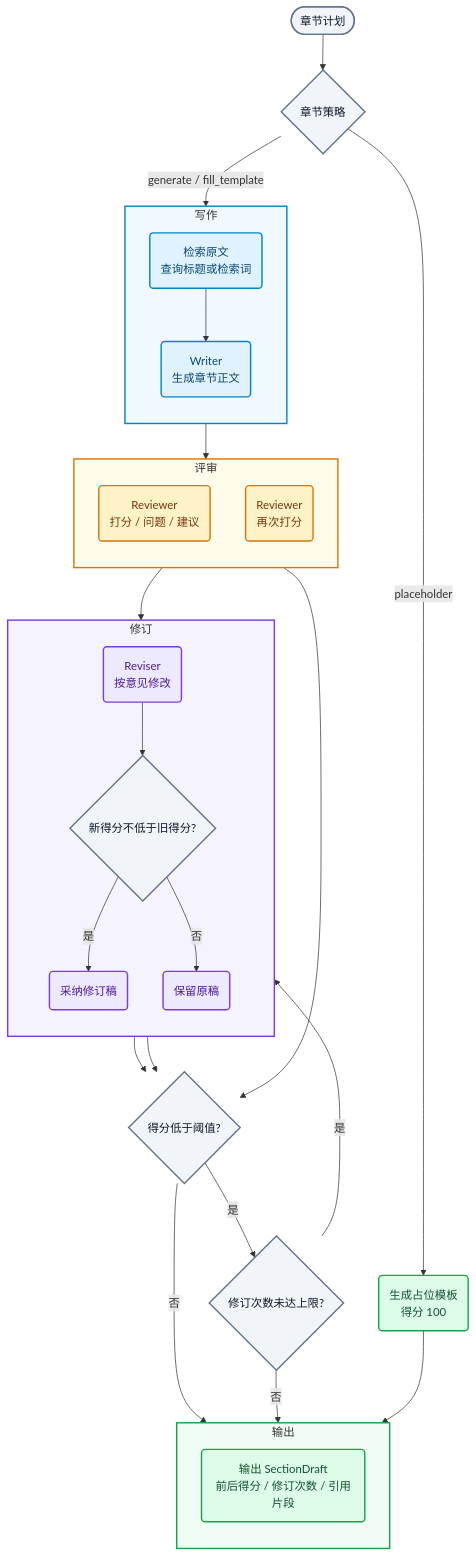
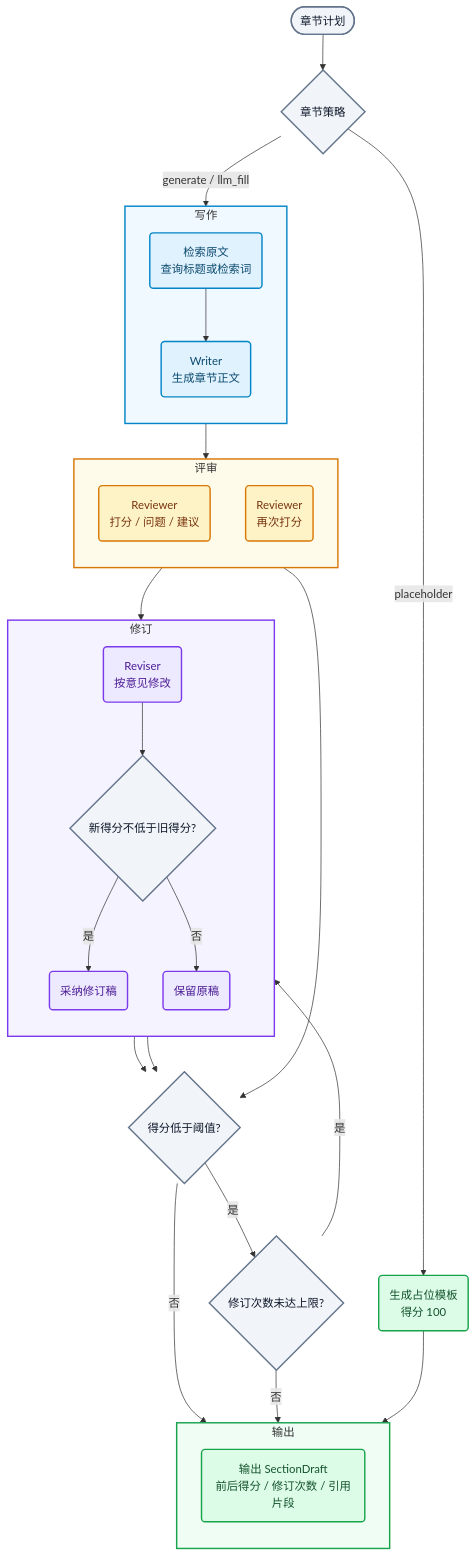
One commit to chenjson59-jpg/bid-writing-multi-agent changed diagram 12 of 22 in docs/architecture.md. Above: the diagram before and after it, drawn with Mermaid. The commit also changed other lines of this file and 13 other files, not shown here.

First line of the commit message:
fill_template 改名 llm_fill，旧值读取时归一化兼容（T-015 路线 A）

````diff
--- a/docs/architecture.md
+++ b/docs/architecture.md
@@ -1492,63 +1492,63 @@
 ```mermaid
 flowchart TB
   Start(["章节计划"]) --> Strategy{"章节策略"}
 
   Strategy -->|"placeholder"| Placeholder("生成占位模板<br/>得分 100")
 
   subgraph sgWrite["写作"]
     direction TB
     Retrieve("检索原文<br/>查询标题或检索词")
     Write("Writer<br/>生成章节正文")
     Retrieve --> Write
   end
 
   subgraph sgReview["评审"]
     direction TB
     Review("Reviewer<br/>打分 / 问题 / 建议")
     ReReview("Reviewer<br/>再次打分")
   end
 
   subgraph sgRevise["修订"]
     direction TB
     Revise("Reviser<br/>按意见修改")
     Better{"新得分不低于旧得分?"}
     Adopt("采纳修订稿")
     Keep("保留原稿")
     Revise --> Better
     Better -->|"是"| Adopt
     Better -->|"否"| Keep
   end
 
   subgraph sgOutput["输出"]
     direction TB
     Done("输出 SectionDraft<br/>前后得分 / 修订次数 / 引用片段")
   end
 
-  Strategy -->|"generate / fill_template"| Retrieve
+  Strategy -->|"generate / llm_fill"| Retrieve
   Write --> Review
   Review --> Min{"得分低于阈值?"}
   Min -->|"否"| Done
   Min -->|"是"| Limit{"修订次数未达上限?"}
   Limit -->|"否"| Done
   Limit -->|"是"| Revise
   ReReview --> Better
   Adopt --> Min
   Keep --> Min
   Placeholder --> Done
 
   classDef entry fill:#f1f5f9,stroke:#64748b,stroke-width:2px,color:#0f172a
   classDef write fill:#e0f2fe,stroke:#0284c7,stroke-width:2px,color:#0c4a6e
   classDef review fill:#fef3c7,stroke:#d97706,stroke-width:2px,color:#78350f
   classDef revise fill:#ede9fe,stroke:#7c3aed,stroke-width:2px,color:#4c1d95
   classDef output fill:#dcfce7,stroke:#16a34a,stroke-width:2px,color:#14532d
   class Start,Strategy,Min,Limit,Better entry
   class Retrieve,Write write
   class Review,ReReview review
   class Revise,Adopt,Keep revise
   class Placeholder,Done output
 
   style sgWrite fill:#f0f9ff,stroke:#0284c7,stroke-width:2px
   style sgReview fill:#fffbeb,stroke:#d97706,stroke-width:2px
   style sgRevise fill:#f5f3ff,stroke:#7c3aed,stroke-width:2px
   style sgOutput fill:#f0fdf4,stroke:#16a34a,stroke-width:2px
 ```
````
